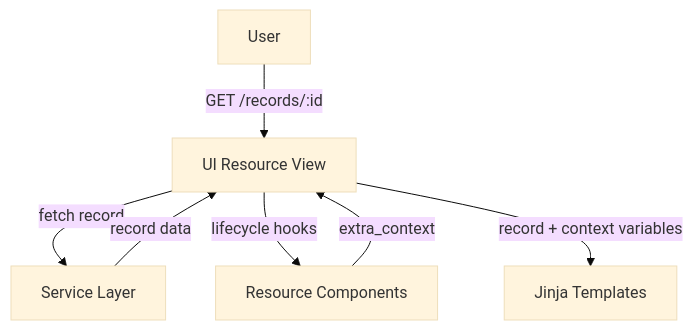
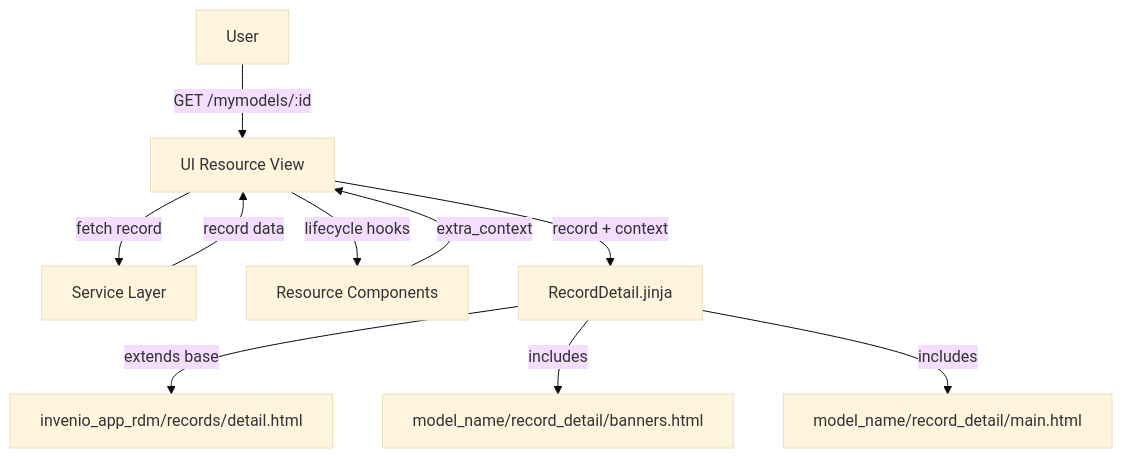
The diagram in content/customize/model_ui/detail.mdx (NRP-CZ/docs), drawn with Mermaid (base theme) before and after one commit. The commit also changed other lines of this file and 1 other file, not shown here.

First line of the commit message:
model-ui: update record detail documentation with actual oarepo-ui components

````diff
--- a/content/customize/model_ui/detail.mdx
+++ b/content/customize/model_ui/detail.mdx
@@ -17,9 +17,12 @@
 ```mermaid
 graph TD
-    U[User] -->|GET /records/:id| VR[UI Resource View]
+    U[User] -->|GET /mymodels/:id| VR[UI Resource View]
     VR -->|fetch record| SVC[Service Layer]
     SVC -->|record data| VR
     VR -->|lifecycle hooks| RC[Resource Components]
     RC -->|extra_context| VR
-    VR -->|record + context variables| JT[Jinja Templates]
+    VR -->|record + context| RJD[RecordDetail.jinja]
+    RJD -->|extends base| RDH[invenio_app_rdm/records/detail.html]
+    RJD -->|includes| BANNERS[model_name/record_detail/banners.html]
+    RJD -->|includes| MAIN[model_name/record_detail/main.html]
 ```
````
